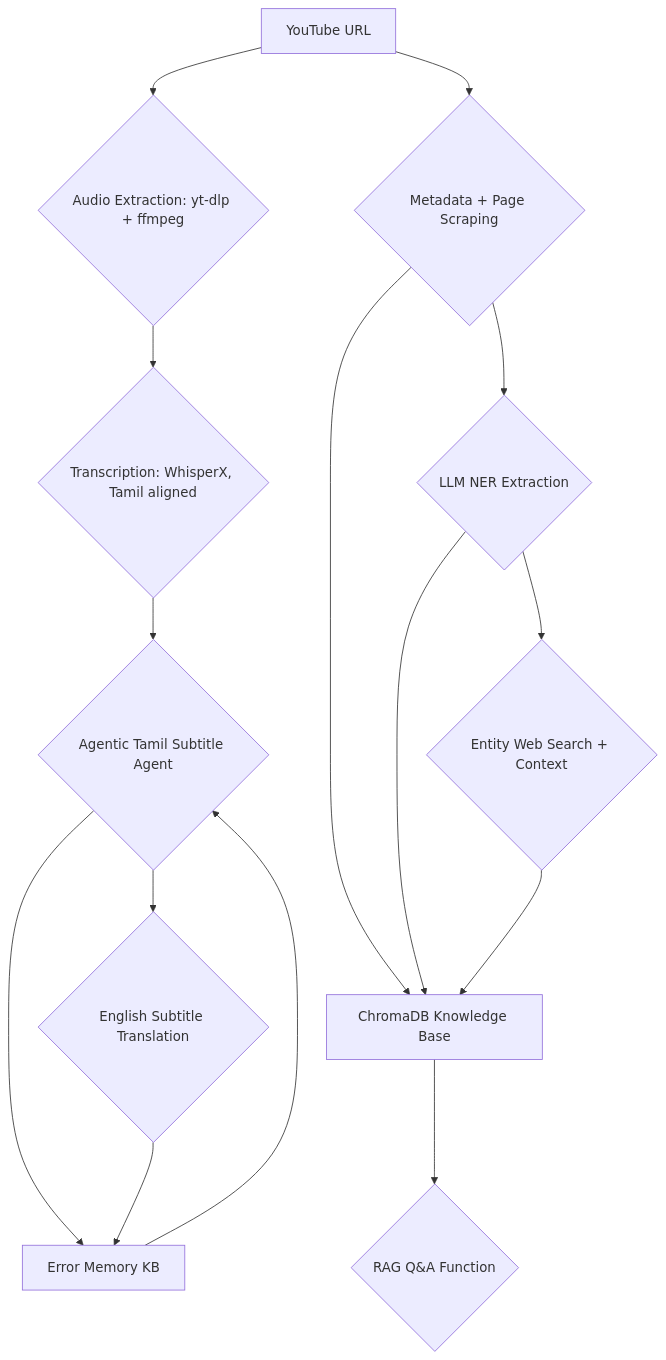
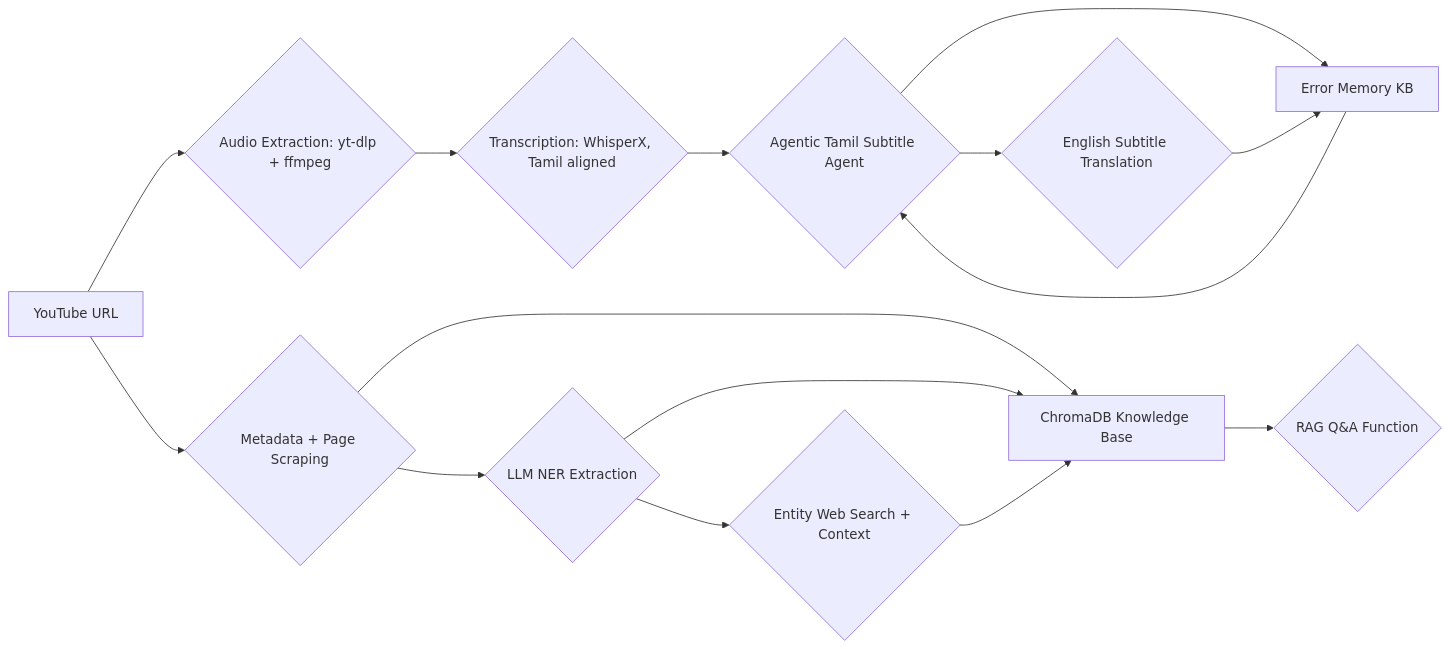
The diagram in README.md (Enian22/tamil_dictationistAI), drawn with Mermaid before and after one commit.

````diff
--- a/README.md
+++ b/README.md
@@ -24,20 +24,19 @@
 ```mermaid
 ---
 config:
   theme: mc
   look: classic
   layout: dagre
 ---
-flowchart TD
+flowchart LR
     A["YouTube URL"] --> B{"Audio Extraction: yt-dlp + ffmpeg"} & D{"Metadata + Page Scraping"}
     B --> C{"Transcription: WhisperX, Tamil aligned"}
     D --> E{"LLM NER Extraction"} & J["ChromaDB Knowledge Base"]
     E --> F{"Entity Web Search + Context"} & J
     C --> G{"Agentic Tamil Subtitle Agent"}
     G --> H{"English Subtitle Translation"} & I["Error Memory KB"]
     H --> I
     F --> J
     J --> K{"RAG Q&A Function"}
     I --> G
-
 ```
````
